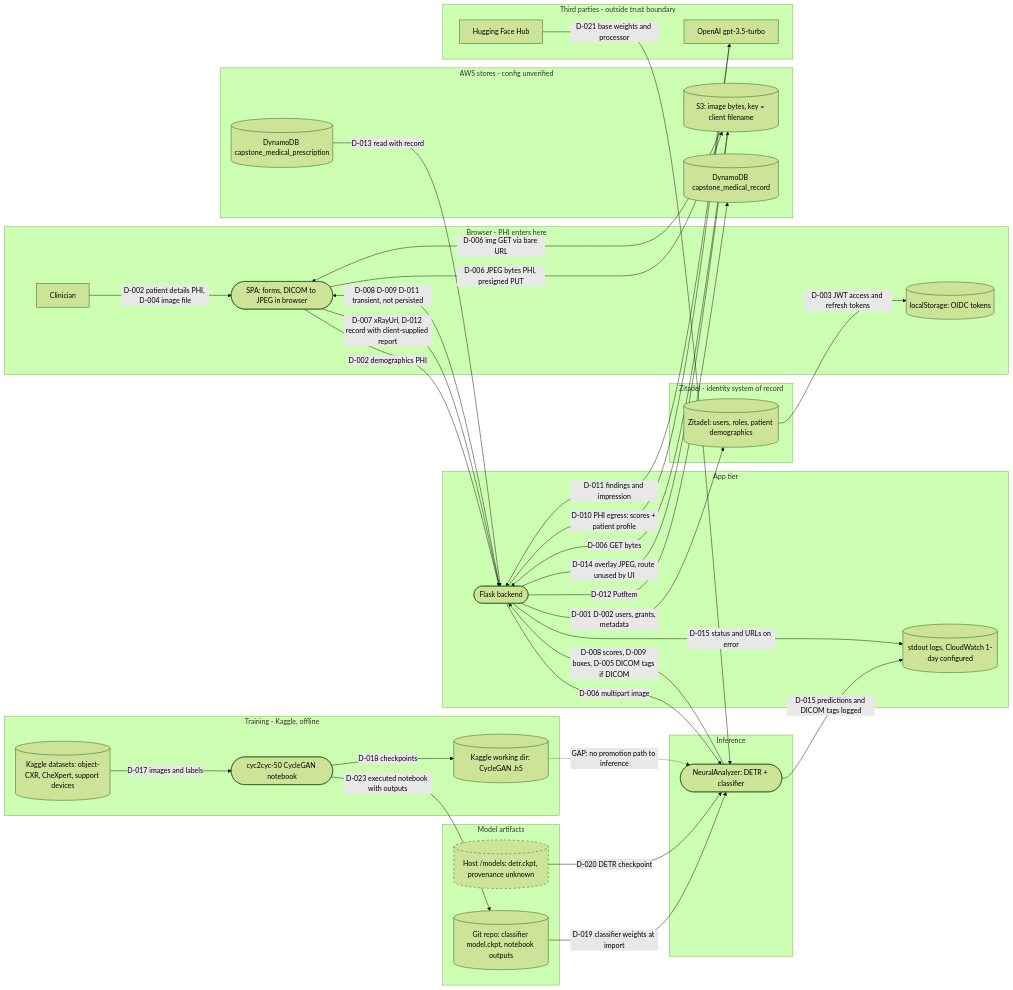
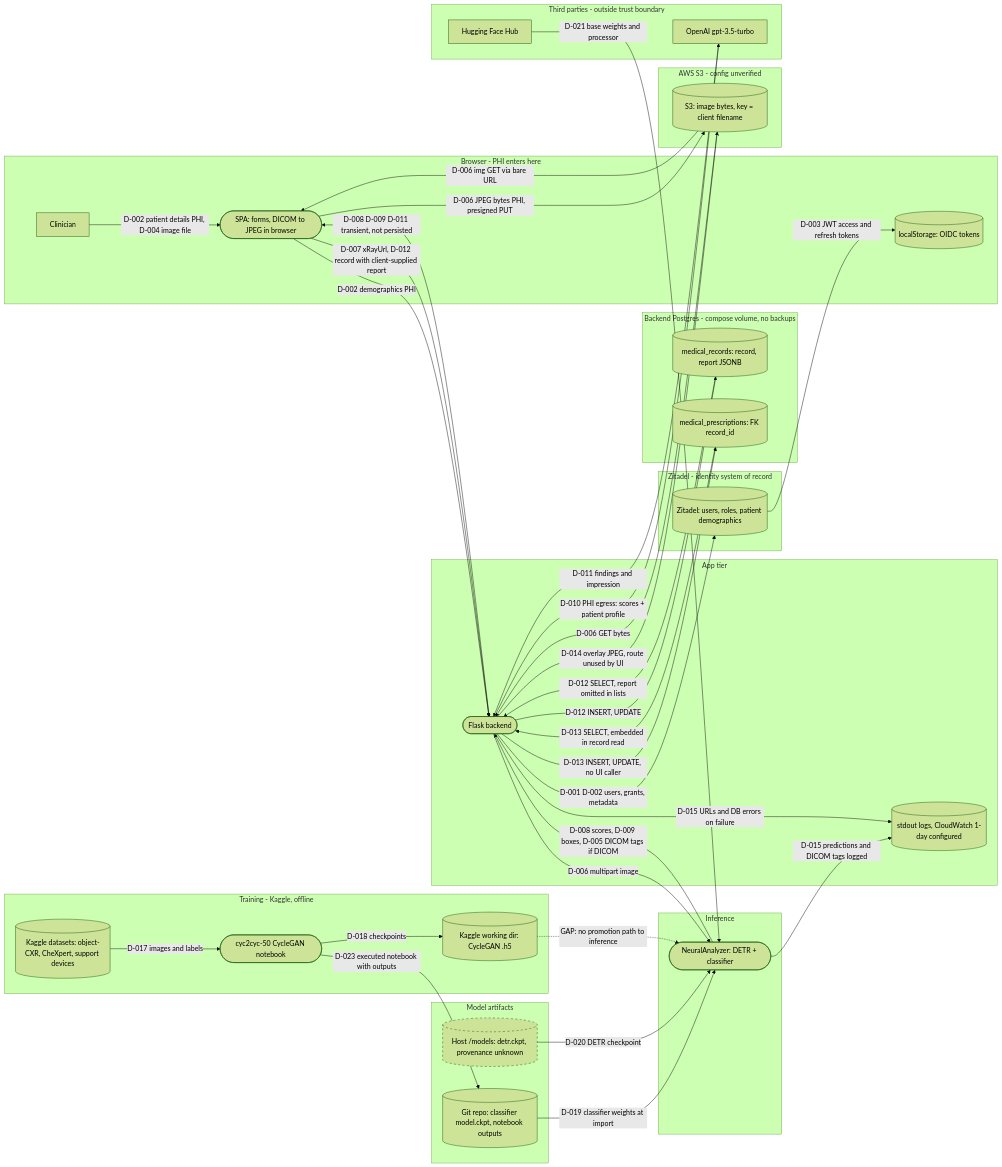
The diagram in docs/architecture/data-flow.mmd (nathan20021/LungVisionAI), drawn with Mermaid (forest theme) before and after one commit. The commit also changed 3 other files, not shown here.

```diff
--- a/docs/architecture/data-flow.mmd
+++ b/docs/architecture/data-flow.mmd
@@ -1,70 +1,75 @@
 flowchart LR
   subgraph BROWSER["Browser - PHI enters here"]
     CL["Clinician"]
     FEP(["SPA: forms, DICOM to JPEG in browser"])
     LS[("localStorage: OIDC tokens")]
   end
 
   subgraph IDENT["Zitadel - identity system of record"]
     ZST[("Zitadel: users, roles, patient demographics")]
   end
 
   subgraph APPT["App tier"]
     BEP(["Flask backend"])
     LOGS[("stdout logs, CloudWatch 1-day configured")]
   end
 
+  subgraph PGS["Backend Postgres - compose volume, no backups"]
+    DREC[("medical_records: record, report JSONB")]
+    DPRE[("medical_prescriptions: FK record_id")]
+  end
+
   subgraph INFT["Inference"]
     INF(["NeuralAnalyzer: DETR + classifier"])
   end
 
-  subgraph AWSS["AWS stores - config unverified"]
+  subgraph AWSS["AWS S3 - config unverified"]
     S3S[("S3: image bytes, key = client filename")]
-    DREC[("DynamoDB capstone_medical_record")]
-    DPRE[("DynamoDB capstone_medical_prescription")]
   end
 
   subgraph THIRD["Third parties - outside trust boundary"]
     LLM["OpenAI gpt-3.5-turbo"]
     HFH["Hugging Face Hub"]
   end
 
   subgraph ART["Model artifacts"]
     GITW[("Git repo: classifier model.ckpt, notebook outputs")]
     HOSTM[("Host /models: detr.ckpt, provenance unknown")]
   end
 
   subgraph TRN["Training - Kaggle, offline"]
     KDS[("Kaggle datasets: object-CXR, CheXpert, support devices")]
     NBK(["cyc2cyc-50 CycleGAN notebook"])
     KOUT[("Kaggle working dir: CycleGAN .h5")]
   end
 
   CL -->|"D-002 patient details PHI, D-004 image file"| FEP
   FEP -->|"D-002 demographics PHI"| BEP
   BEP -->|"D-001 D-002 users, grants, metadata"| ZST
   ZST -->|"D-003 JWT access and refresh tokens"| LS
   FEP -->|"D-006 JPEG bytes PHI, presigned PUT"| S3S
   FEP -->|"D-007 xRayUrl, D-012 record with client-supplied report"| BEP
-  BEP -->|"D-012 PutItem"| DREC
-  DPRE -->|"D-013 read with record"| BEP
+  BEP -->|"D-012 INSERT, UPDATE"| DREC
+  DREC -->|"D-012 SELECT, report omitted in lists"| BEP
+  DPRE -->|"D-013 SELECT, embedded in record read"| BEP
+  BEP -->|"D-013 INSERT, UPDATE, no UI caller"| DPRE
   S3S -->|"D-006 GET bytes"| BEP
   BEP -->|"D-006 multipart image"| INF
   INF -->|"D-008 scores, D-009 boxes, D-005 DICOM tags if DICOM"| BEP
   BEP -->|"D-010 PHI egress: scores + patient profile"| LLM
   LLM -->|"D-011 findings and impression"| BEP
   BEP -->|"D-008 D-009 D-011 transient, not persisted"| FEP
   S3S -->|"D-006 img GET via bare URL"| FEP
   BEP -->|"D-014 overlay JPEG, route unused by UI"| S3S
   INF -->|"D-015 predictions and DICOM tags logged"| LOGS
-  BEP -->|"D-015 status and URLs on error"| LOGS
+  BEP -->|"D-015 URLs and DB errors on failure"| LOGS
   GITW -->|"D-019 classifier weights at import"| INF
   HOSTM -->|"D-020 DETR checkpoint"| INF
   HFH -->|"D-021 base weights and processor"| INF
   KDS -->|"D-017 images and labels"| NBK
   NBK -->|"D-018 checkpoints"| KOUT
   NBK -->|"D-023 executed notebook with outputs"| GITW
   KOUT -.->|"GAP: no promotion path to inference"| INF
 
   classDef gap stroke-dasharray:5 5
   class HOSTM gap
```
